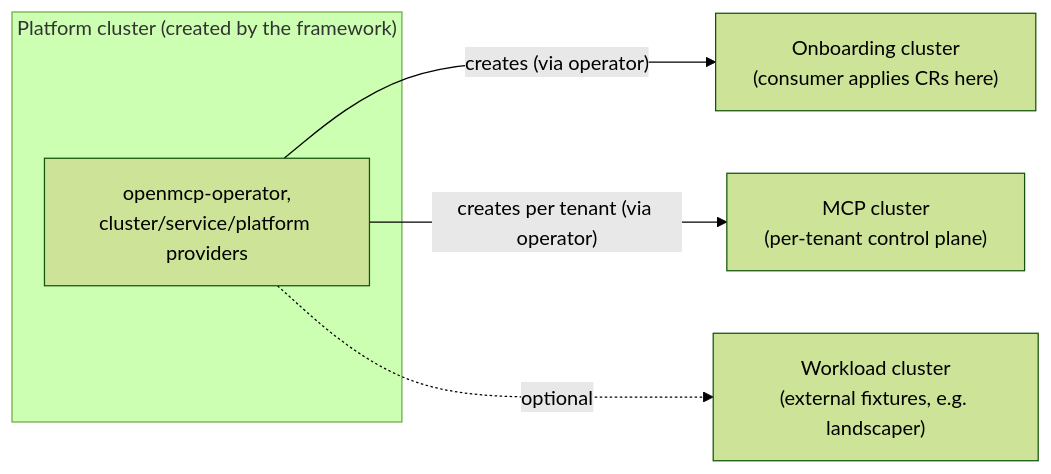
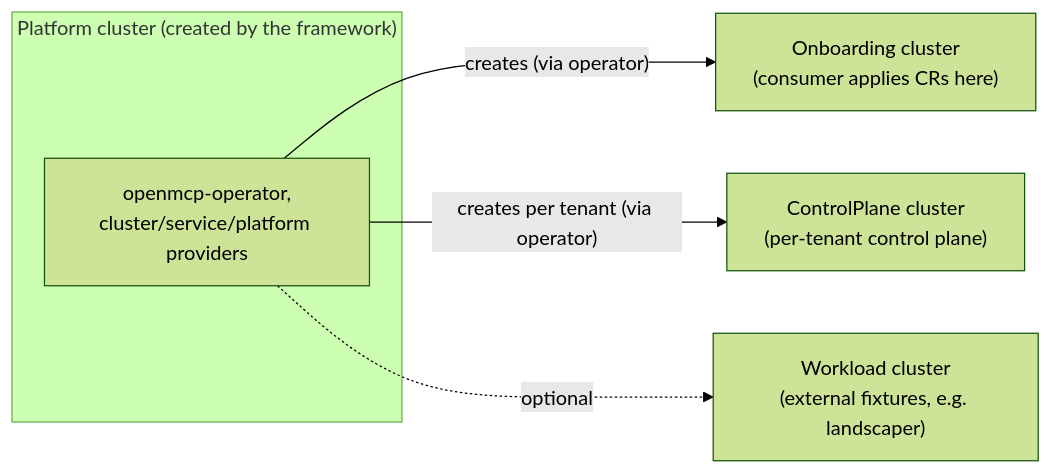
One commit to openmcp-project/docs changed the diagram in docs/developers/serviceprovider/04-testing.mdx. Above: the diagram before and after it, drawn with Mermaid (forest theme). The commit also changed other lines of this file and 29 other files, not shown here.

First line of the commit message:
docs: rename MCP/ManagedControlPlane to ControlPlane (#119)

````diff
--- a/docs/developers/serviceprovider/04-testing.mdx
+++ b/docs/developers/serviceprovider/04-testing.mdx
@@ -12,9 +12,9 @@
 ```mermaid
 flowchart LR
   subgraph kind["Platform cluster (created by the framework)"]
     P["openmcp-operator,<br/>cluster/service/platform providers"]
   end
   P -->|"creates (via operator)"| O["Onboarding cluster<br/>(consumer applies CRs here)"]
-  P -->|"creates per tenant (via operator)"| M["MCP cluster<br/>(per-tenant control plane)"]
+  P -->|"creates per tenant (via operator)"| M["ControlPlane cluster<br/>(per-tenant control plane)"]
   P -.->|"optional"| W["Workload cluster<br/>(external fixtures, e.g. landscaper)"]
 ```
````
